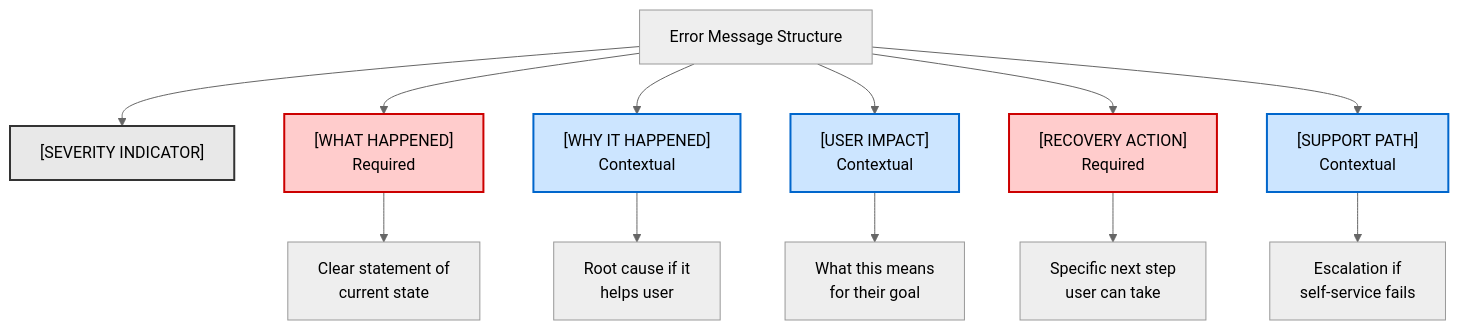
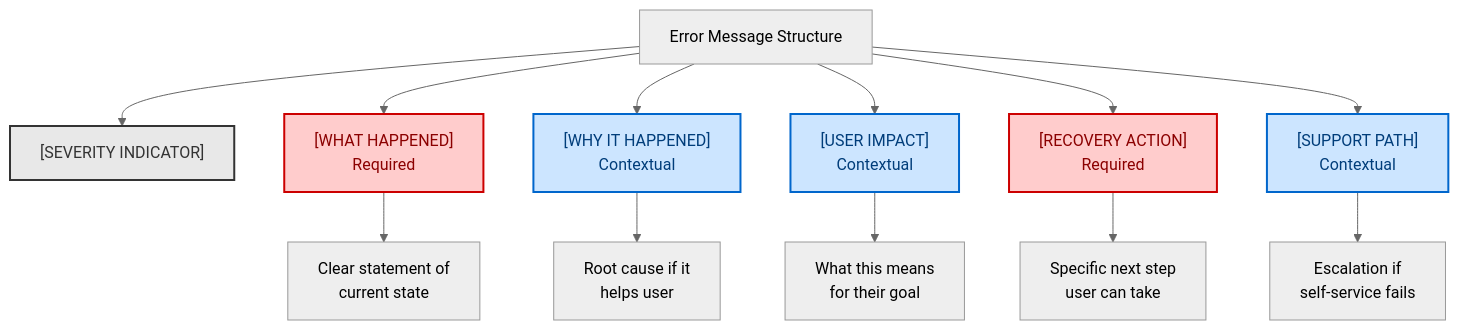
The diagram in pattern-anatomy.md (goodatbingo/content-systems-playbook), drawn with Mermaid (neutral theme) before and after one commit.

Commit message:
Add font color control to Mermaid diagram styles
- Added color property to all node styles (B-G)
- Dark grey (#333) for severity indicator
- Dark red (#8b0000) for required elements
- Dark blue (#003d7a) for contextual elements
- Ensures good text contrast against backgrounds

````diff
--- a/pattern-anatomy.md
+++ b/pattern-anatomy.md
@@ -29,22 +29,22 @@
 ```mermaid
 graph TD
     A["Error Message Structure"] --> B["[SEVERITY INDICATOR]"]
     A --> C["[WHAT HAPPENED]<br/>Required"]
     A --> D["[WHY IT HAPPENED]<br/>Contextual"]
     A --> E["[USER IMPACT]<br/>Contextual"]
     A --> F["[RECOVERY ACTION]<br/>Required"]
     A --> G["[SUPPORT PATH]<br/>Contextual"]
 
     C --> C1["Clear statement of<br/>current state"]
     D --> D1["Root cause if it<br/>helps user"]
     E --> E1["What this means<br/>for their goal"]
     F --> F1["Specific next step<br/>user can take"]
     G --> G1["Escalation if<br/>self-service fails"]
 
-    style B fill:#e8e8e8,stroke:#333,stroke-width:2px
-    style C fill:#ffcccc,stroke:#cc0000,stroke-width:2px
-    style D fill:#cce5ff,stroke:#0066cc,stroke-width:2px
-    style E fill:#cce5ff,stroke:#0066cc,stroke-width:2px
-    style F fill:#ffcccc,stroke:#cc0000,stroke-width:2px
-    style G fill:#cce5ff,stroke:#0066cc,stroke-width:2px
+    style B fill:#e8e8e8,stroke:#333,stroke-width:2px,color:#333
+    style C fill:#ffcccc,stroke:#cc0000,stroke-width:2px,color:#8b0000
+    style D fill:#cce5ff,stroke:#0066cc,stroke-width:2px,color:#003d7a
+    style E fill:#cce5ff,stroke:#0066cc,stroke-width:2px,color:#003d7a
+    style F fill:#ffcccc,stroke:#cc0000,stroke-width:2px,color:#8b0000
+    style G fill:#cce5ff,stroke:#0066cc,stroke-width:2px,color:#003d7a
 ```
````
